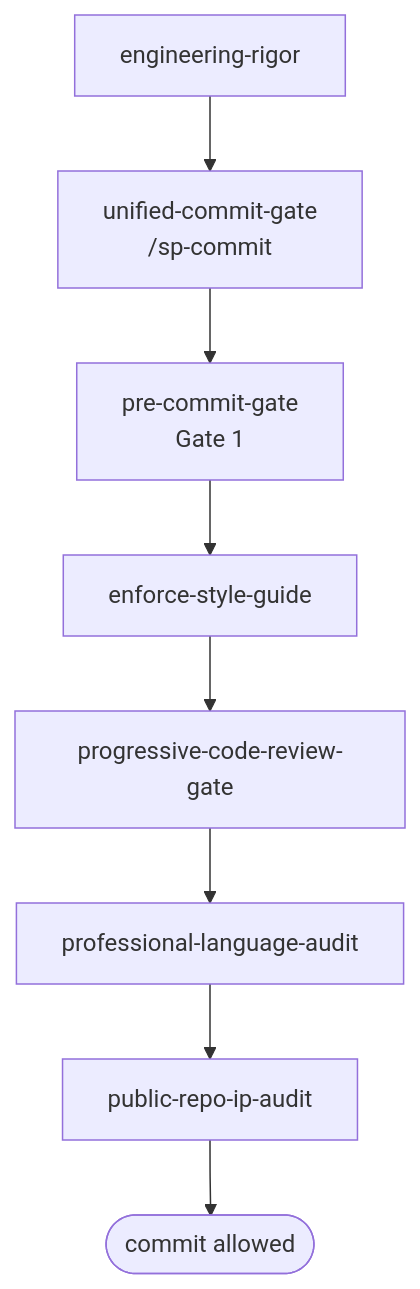
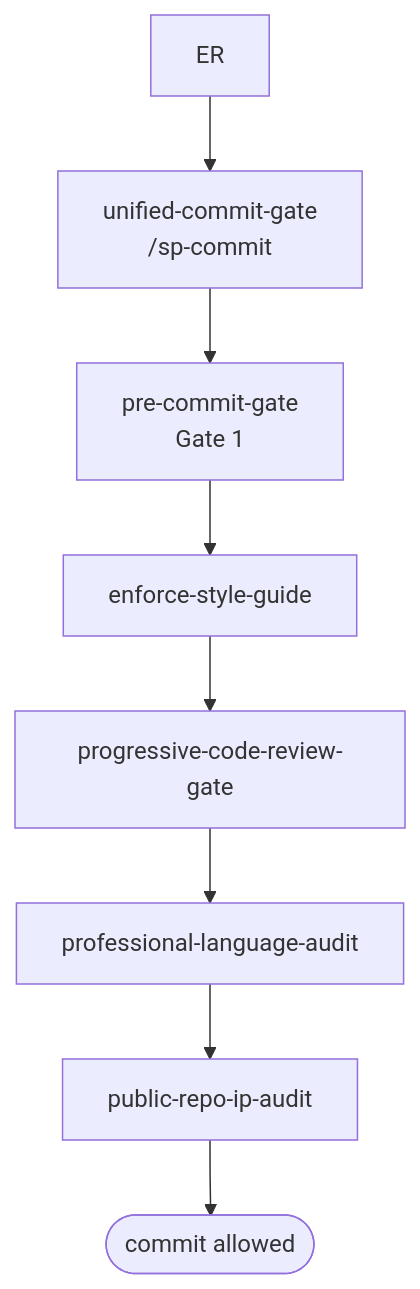
Before and after one commit to bordenet/superpowers-plus: the third of 7 diagrams in docs/SKILL_TAXONOMY.md, drawn with Mermaid. The commit also changed other lines of this file and 57 other files, not shown here.

````diff
--- a/docs/SKILL_TAXONOMY.md
+++ b/docs/SKILL_TAXONOMY.md
@@ -142,13 +142,12 @@
 ```mermaid
 flowchart TD
-    ER[engineering-rigor]
     UCG[unified-commit-gate<br/>/sp-commit]
     PCG[pre-commit-gate<br/>Gate 1]
     ESG[enforce-style-guide]
     PCRG[progressive-code-review-gate]
     PLA[professional-language-audit]
     PRIA[public-repo-ip-audit]
     DONE([commit allowed])
 
     ER --> UCG --> PCG --> ESG --> PCRG --> PLA --> PRIA --> DONE
 ```
````
